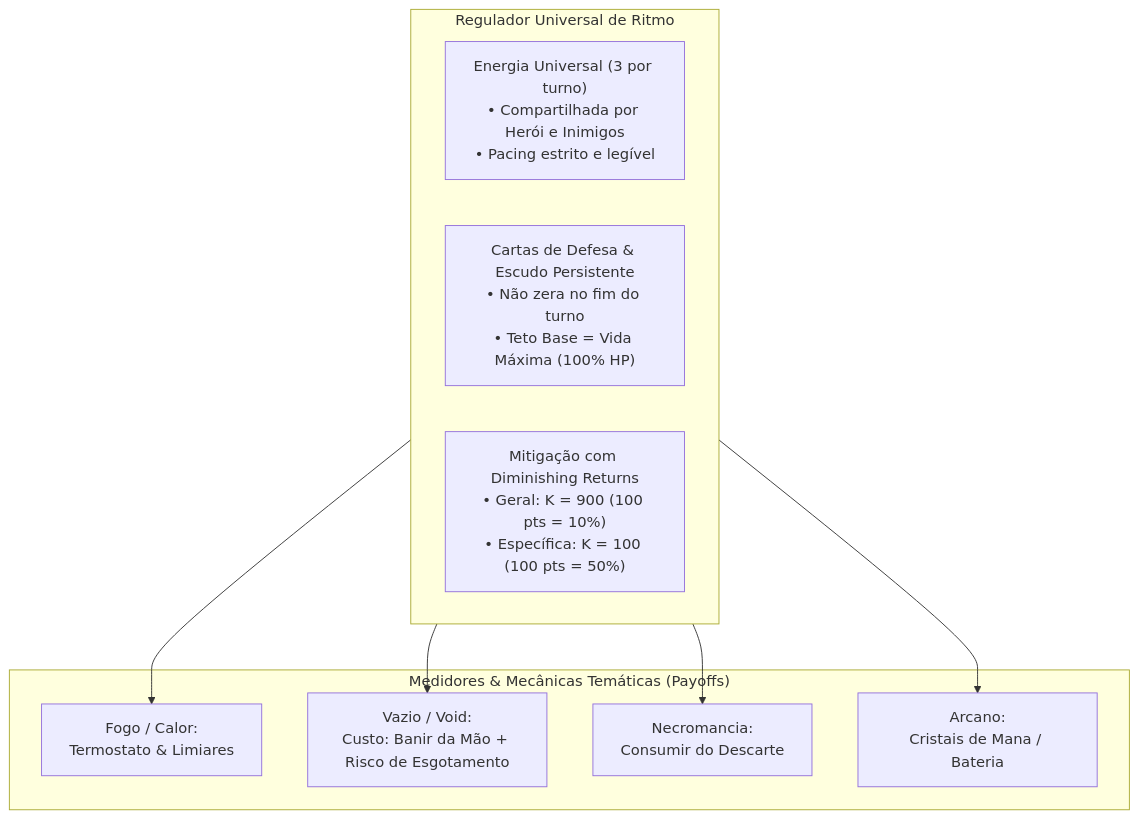
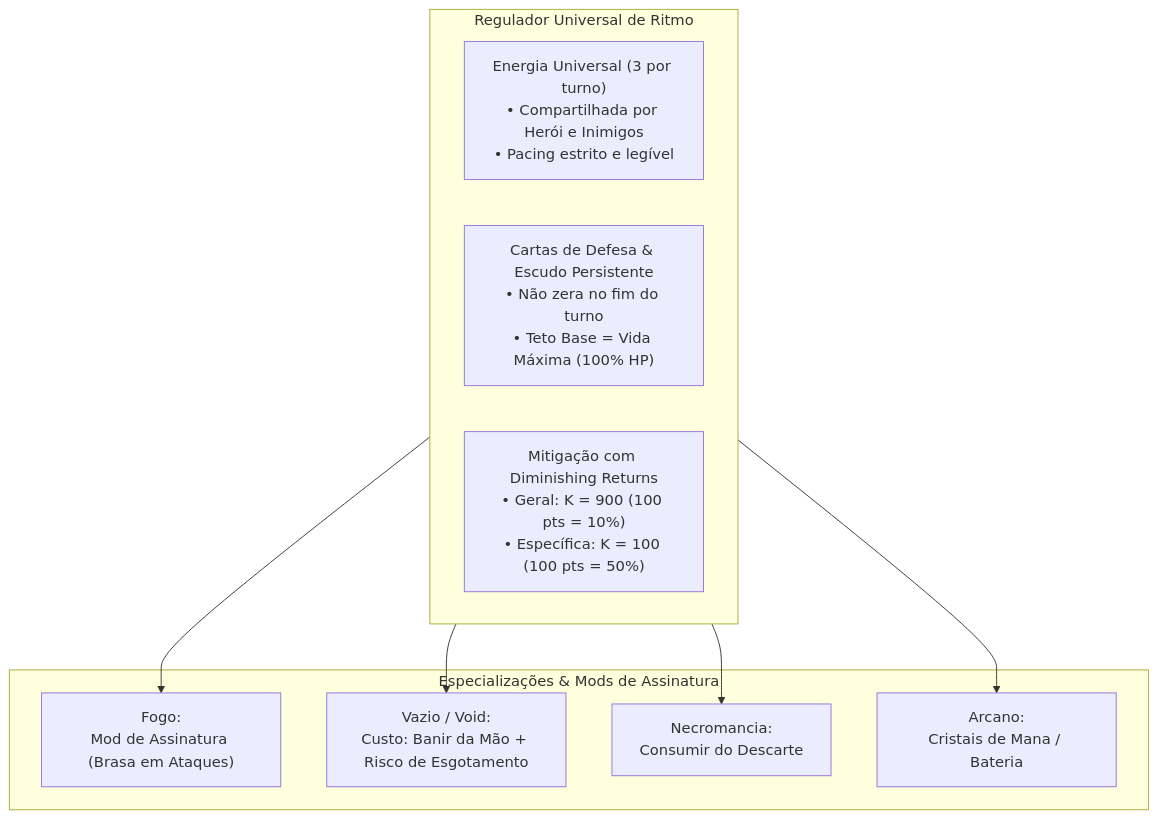
One commit to GuiMayer/HeroScript changed the first of 4 diagrams in docs/design/DIRECIONAMENTO_HEROSCRIPT.md. Above: the diagram before and after it, drawn with Mermaid. The commit also changed other lines of this file, not shown here.

Commit message:
docs(design): formalize signature mod system with forja de brasas for fire attacks and extinguish heat meter

````diff
--- a/docs/design/DIRECIONAMENTO_HEROSCRIPT.md
+++ b/docs/design/DIRECIONAMENTO_HEROSCRIPT.md
@@ -26,20 +26,20 @@
 ```mermaid
 flowchart TD
     subgraph Pacing["Regulador Universal de Ritmo"]
         Energia["Energia Universal (3 por turno)<br/>• Compartilhada por Herói e Inimigos<br/>• Pacing estrito e legível"]
         EscudoPersistente["Cartas de Defesa & Escudo Persistente<br/>• Não zera no fim do turno<br/>• Teto Base = Vida Máxima (100% HP)"]
         Mitigacao["Mitigação com Diminishing Returns<br/>• Geral: K = 900 (100 pts = 10%)<br/>• Específica: K = 100 (100 pts = 50%)"]
     end
 
-    subgraph Tempero["Medidores & Mecânicas Temáticas (Payoffs)"]
-        Calor["Fogo / Calor:<br/>Termostato & Limiares"]
+    subgraph Mecanicas["Especializações & Mods de Assinatura"]
+        Fogo["Fogo:<br/>Mod de Assinatura (Brasa em Ataques)"]
         Vazio["Vazio / Void:<br/>Custo: Banir da Mão + Risco de Esgotamento"]
         Necro["Necromancia:<br/>Consumir do Descarte"]
         Arcano["Arcano:<br/>Cristais de Mana / Bateria"]
     end
 
-    Pacing --> Calor
+    Pacing --> Fogo
     Pacing --> Vazio
     Pacing --> Necro
     Pacing --> Arcano
 ```
````
